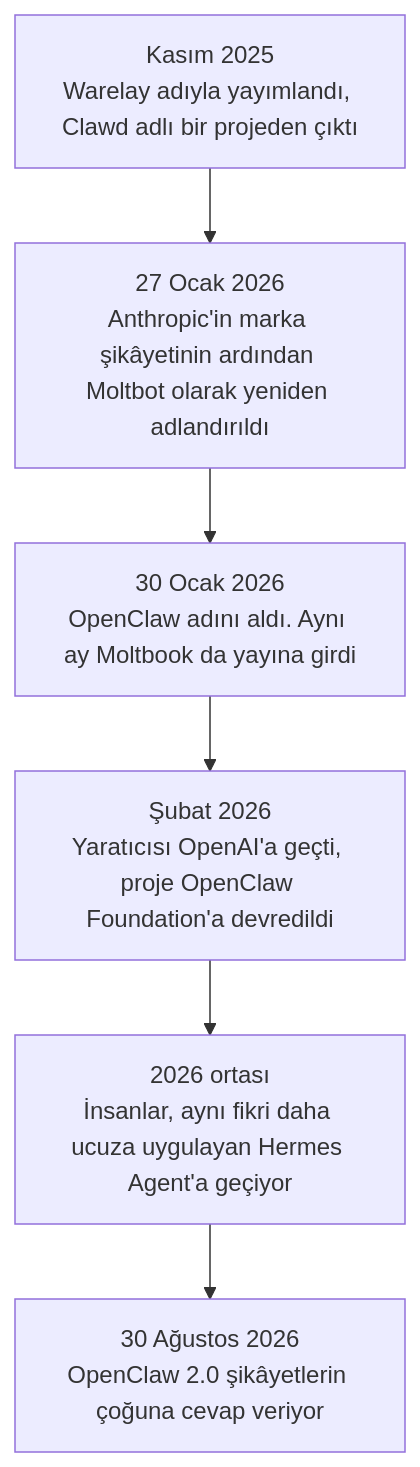
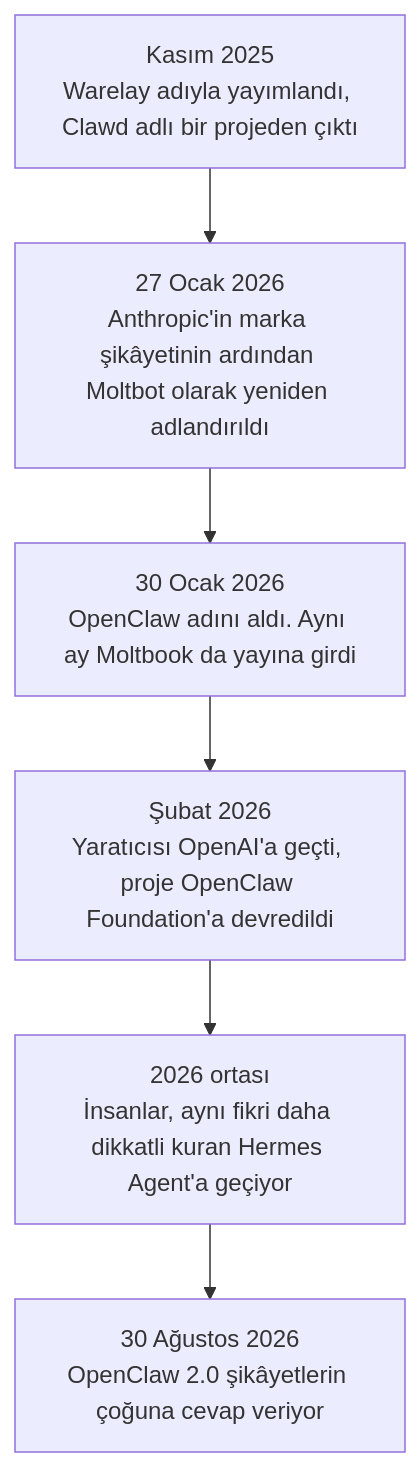
One commit to lokumai/ai-engineering-bazaar changed the diagram in mini-courses/2_intermediate/everyone/personal_agents_tr.md. Above: the diagram before and after it, drawn with Mermaid. The commit also changed other lines of this file and 58 other files, not shown here.

````diff
--- a/mini-courses/2_intermediate/everyone/personal_agents_tr.md
+++ b/mini-courses/2_intermediate/everyone/personal_agents_tr.md
@@ -26,10 +26,10 @@
 ```mermaid
 graph TD
     A["Kasım 2025<br/>Warelay adıyla yayımlandı, Clawd adlı bir projeden çıktı"]
     B["27 Ocak 2026<br/>Anthropic'in marka şikâyetinin ardından Moltbot olarak yeniden adlandırıldı"]
     C["30 Ocak 2026<br/>OpenClaw adını aldı. Aynı ay Moltbook da yayına girdi"]
     D["Şubat 2026<br/>Yaratıcısı OpenAI'a geçti, proje OpenClaw Foundation'a devredildi"]
-    E["2026 ortası<br/>İnsanlar, aynı fikri daha ucuza uygulayan Hermes Agent'a geçiyor"]
+    E["2026 ortası<br/>İnsanlar, aynı fikri daha dikkatli kuran Hermes Agent'a geçiyor"]
     F["30 Ağustos 2026<br/>OpenClaw 2.0 şikâyetlerin çoğuna cevap veriyor"]
     A --> B --> C --> D --> E --> F
 ```
````
